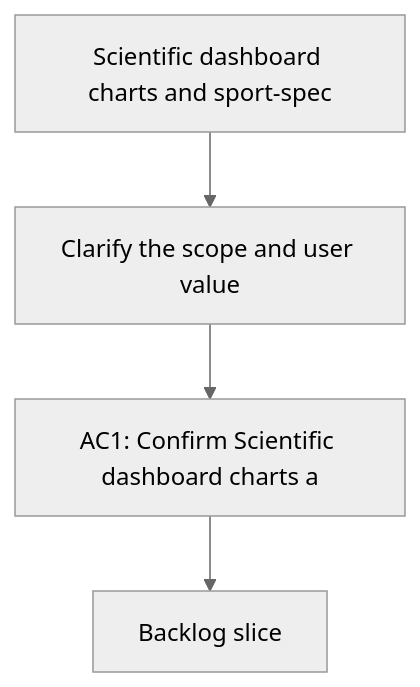
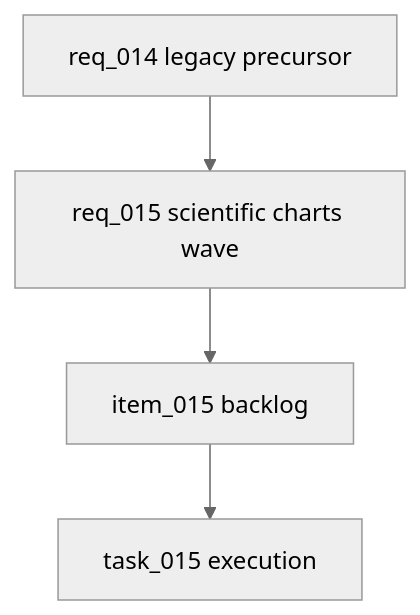
The diagram in logics/request/req_014_scientific_dashboard_charts_and_sport_specific_volume_filtering.md (Jilanos/Coach_garmin), drawn with Mermaid (neutral theme) before and after one commit. The commit also changed other lines of this file and 86 other files, not shown here.

Commit message:
Harden chart UX and UTF-8 handling

````diff
--- a/logics/request/req_014_scientific_dashboard_charts_and_sport_specific_volume_filtering.md
+++ b/logics/request/req_014_scientific_dashboard_charts_and_sport_specific_volume_filtering.md
@@ -17,8 +23,8 @@
 ```mermaid
 %% logics-kind: request
-%% logics-signature: request|scientific-dashboard-charts-and-sport-sp|clarify-the-scope-and-user-value|ac1-confirm-scientific-dashboard-charts-
+%% logics-signature: request|scientific-dashboard-charts-and-sport-sp|legacy-precursor-to-scientific-charts-an|req-015-scientific-charts-sport-specific
 flowchart TD
-    Trigger[Scientific dashboard charts and sport-spec] --> Need[Clarify the scope and user value]
-    Need --> Outcome[AC1: Confirm Scientific dashboard charts a]
-    Outcome --> Backlog[Backlog slice]
+    Legacy[req_014 legacy precursor] --> Current[req_015 scientific charts wave]
+    Current --> Item[item_015 backlog]
+    Item --> Task[task_015 execution]
 ```
````
